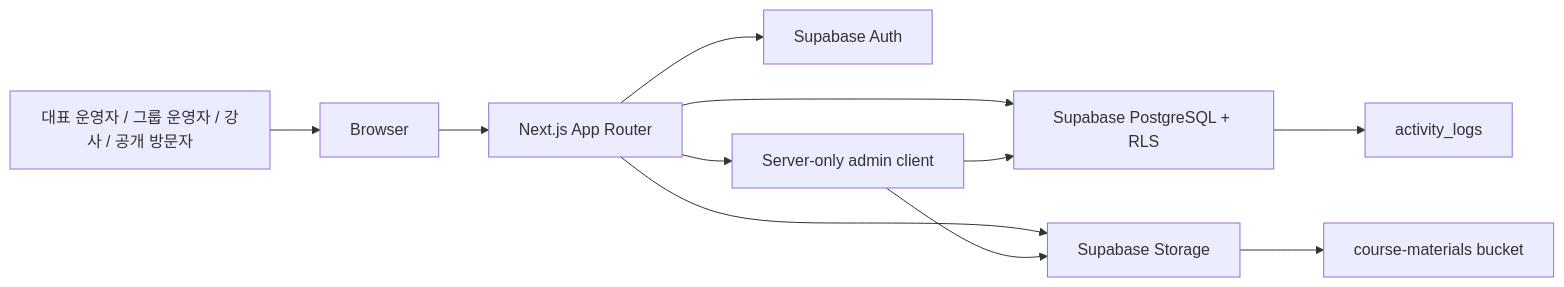
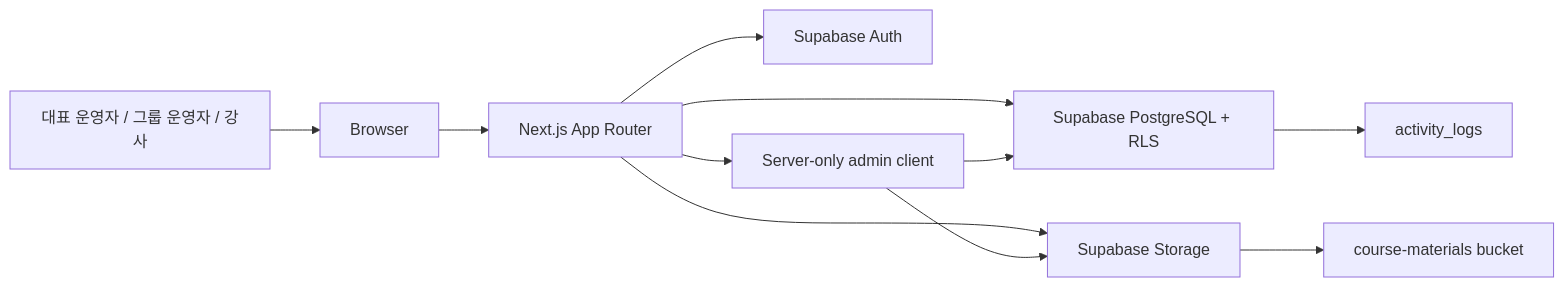
The diagram in docs/architecture.md (TechForImpact-KeunGeulSsi/Dure), drawn with Mermaid before and after one commit. The commit also changed other lines of this file and 81 other files, not shown here.

````diff
--- a/docs/architecture.md
+++ b/docs/architecture.md
@@ -17,13 +17,13 @@
 ```mermaid
 flowchart LR
-  User["대표 운영자 / 그룹 운영자 / 강사 / 공개 방문자"] --> Browser["Browser"]
+  User["대표 운영자 / 그룹 운영자 / 강사"] --> Browser["Browser"]
   Browser --> Next["Next.js App Router"]
   Next --> Auth["Supabase Auth"]
   Next --> DB["Supabase PostgreSQL + RLS"]
   Next --> Storage["Supabase Storage"]
   Next --> Admin["Server-only admin client"]
   Admin --> DB
   Admin --> Storage
   DB --> Activity["activity_logs"]
   Storage --> Materials["course-materials bucket"]
 ```
````
